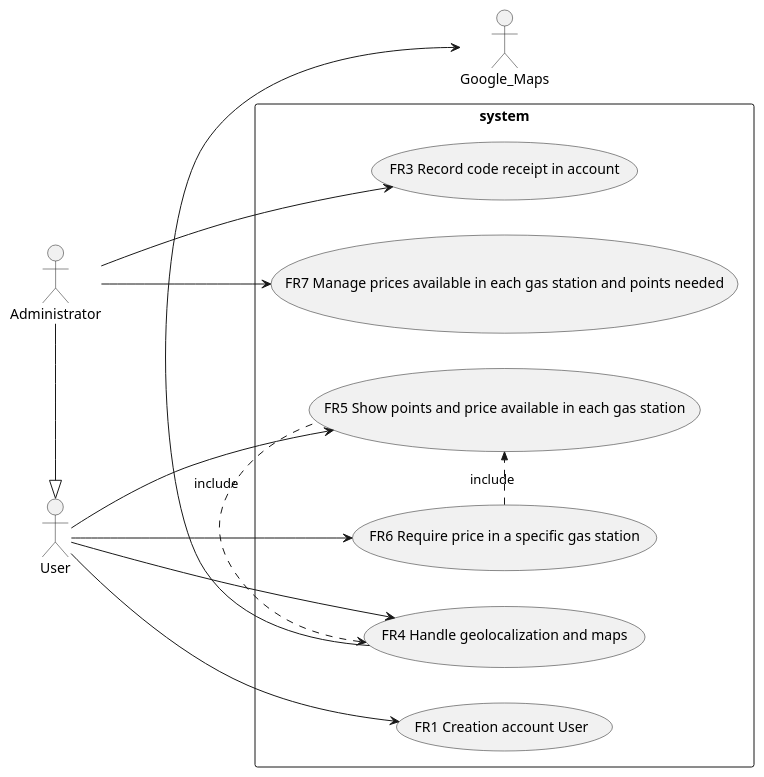
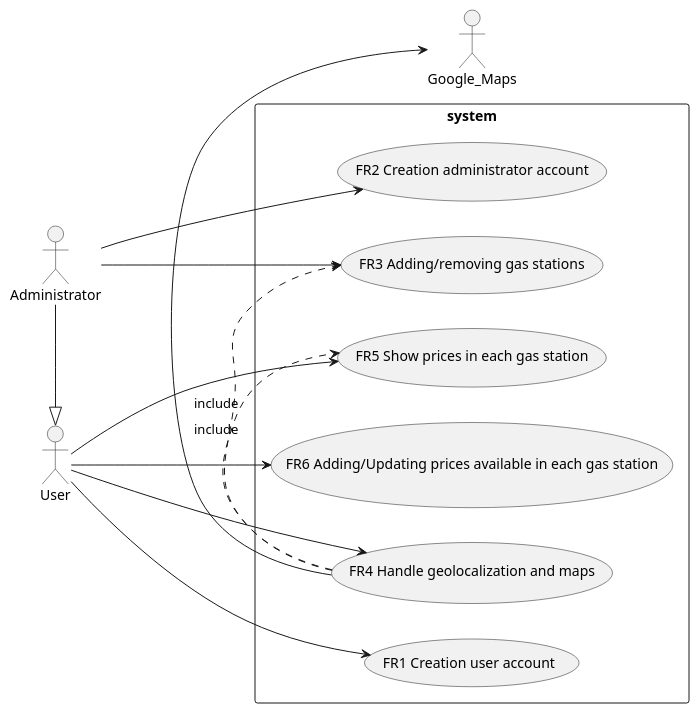
The second of 5 diagrams in REQ_s270436.md (SoftengPoliTo/Lab2), drawn with PlantUML before and after one commit. The commit also changed other lines of this file, not shown here.

````diff
--- a/REQ_s270436.md
+++ b/REQ_s270436.md
@@ -118,20 +118,20 @@
 ```plantuml
 left to right direction
 actor Administrator as a
 actor User as u
 actor Google_Maps as g
 rectangle system {
-	u ---> (FR1 Creation account User)
-	a -> (FR3 Record code receipt in account)
-	u -> (FR5 Show points and price available in each gas station)
-	u -> (FR6 Require price in a specific gas station)
-	a -> (FR7 Manage prices available in each gas station and points needed)
+	u ---> (FR1 Creation user account)
+	a -> (FR2 Creation administrator account)
+	a -> (FR3 Adding/removing gas stations)
+	u -> (FR5 Show prices in each gas station)
+	u -> (FR6 Adding/Updating prices available in each gas station)
 	u -> (FR4 Handle geolocalization and maps)
 	g <- (FR4 Handle geolocalization and maps)
 
-	(FR4 Handle geolocalization and maps) <. (FR5 Show points and price available in each gas station): include
-	(FR6 Require price in a specific gas station) .>> (FR5 Show points and price available in each gas station): include
+	(FR4 Handle geolocalization and maps) .> (FR5 Show prices in each gas station): include
+	(FR4 Handle geolocalization and maps) .> (FR3 Adding/removing gas stations): include
 	
 	a -|> u
 }
 ```
````
